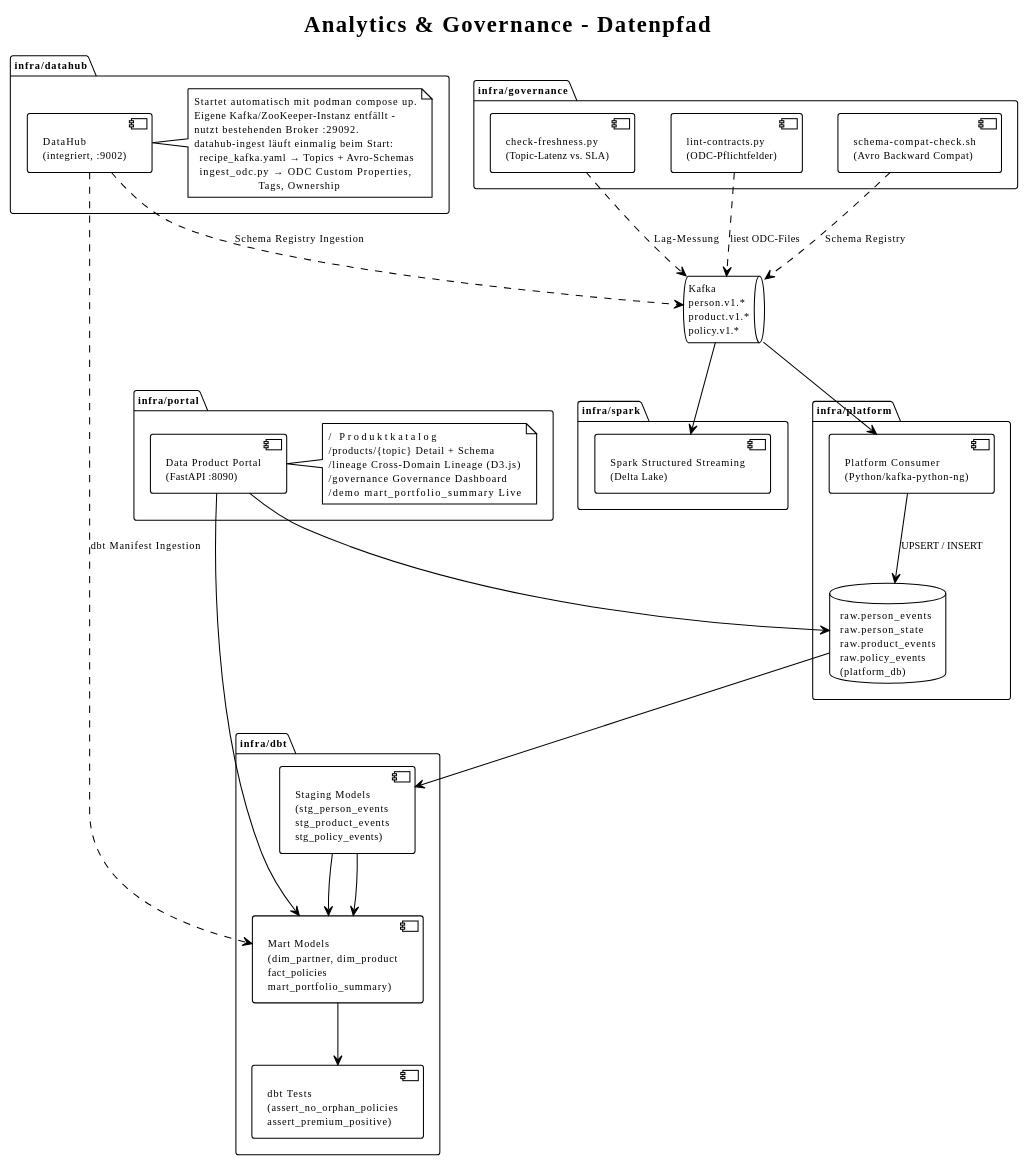
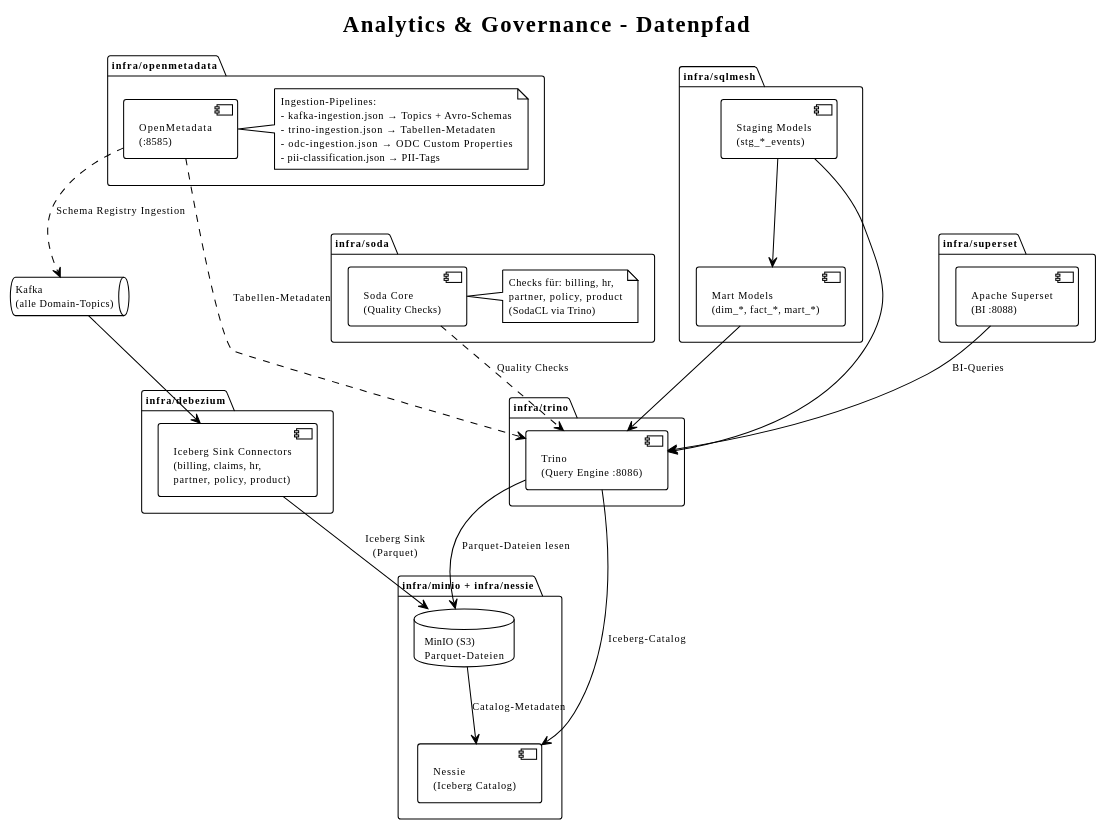
Before and after one commit to LukasW/datamesh: diagram 14 of 16 in specs/arc42.md, drawn with PlantUML. The commit also changed other lines of this file and 70 other files, not shown here.

````diff
--- a/specs/arc42.md
+++ b/specs/arc42.md
@@ -1113,75 +1062,69 @@
 ```plantuml
 @startuml analytics-platform
 !theme plain
 skinparam defaultFontSize 10
 
 title Analytics & Governance – Datenpfad
 
-queue "Kafka\nperson.v1.*\nproduct.v1.*\npolicy.v1.*" as KAFKA
+queue "Kafka\n(alle Domain-Topics)" as KAFKA
 
-package "infra/platform" {
-  component "Platform Consumer\n(Python/kafka-python-ng)" as PC
-  database "raw.person_events\nraw.person_state\nraw.product_events\nraw.policy_events\n(platform_db)" as RAW
-  PC --> RAW : UPSERT / INSERT
+package "infra/debezium" {
+  component "Iceberg Sink Connectors\n(billing, claims, hr,\npartner, policy, product)" as SINK
 }
 
-package "infra/dbt" {
-  component "Staging Models\n(stg_person_events\nstg_product_events\nstg_policy_events)" as STG
-  component "Mart Models\n(dim_partner, dim_product\nfact_policies\nmart_portfolio_summary)" as MART
-  component "dbt Tests\n(assert_no_orphan_policies\nassert_premium_positive)" as TESTS
-  STG --> MART
-  MART --> TESTS
+package "infra/minio + infra/nessie" {
+  database "MinIO (S3)\nParquet-Dateien" as MINIO
+  component "Nessie\n(Iceberg Catalog)" as NESSIE
+  MINIO --> NESSIE : Catalog-Metadaten
 }
 
-package "infra/spark" {
-  component "Spark Structured Streaming\n(Delta Lake)" as SPARK
+package "infra/trino" {
+  component "Trino\n(Query Engine :8086)" as TRINO
+  TRINO --> NESSIE : Iceberg-Catalog
+  TRINO --> MINIO : Parquet-Dateien lesen
 }
 
-package "infra/governance" {
-  component "lint-contracts.py\n(ODC-Pflichtfelder)" as LINT
-  component "schema-compat-check.sh\n(Avro Backward Compat)" as COMPAT
-  component "check-freshness.py\n(Topic-Latenz vs. SLA)" as FRESH
+package "infra/sqlmesh" {
+  component "Staging Models\n(stg_*_events)" as STG
+  component "Mart Models\n(dim_*, fact_*, mart_*)" as MART
+  STG --> MART
+  STG --> TRINO
+  MART --> TRINO
 }
 
-package "infra/portal" {
-  component "Data Product Portal\n(FastAPI :8090)" as PORTAL
-  note right of PORTAL
-    /           Produktkatalog
-    /products/{topic}  Detail + Schema
-    /lineage    Cross-Domain Lineage (D3.js)
-    /governance Governance Dashboard
-    /demo       mart_portfolio_summary Live
+package "infra/superset" {
+  component "Apache Superset\n(BI :8088)" as SUPERSET
+}
+
+package "infra/openmetadata" {
+  component "OpenMetadata\n(:8585)" as OMD
+  note right of OMD
+    Ingestion-Pipelines:
+    - kafka-ingestion.json  → Topics + Avro-Schemas
+    - trino-ingestion.json  → Tabellen-Metadaten
+    - odc-ingestion.json    → ODC Custom Properties
+    - pii-classification.json → PII-Tags
   end note
 }
 
-package "infra/datahub" {
-  component "DataHub\n(integriert, :9002)" as DH
-  note right of DH
-    Startet automatisch mit podman compose up.
-    Eigene Kafka/ZooKeeper-Instanz entfällt –
-    nutzt bestehenden Broker :29092.
-    datahub-ingest läuft einmalig beim Start:
-      recipe_kafka.yaml  → Topics + Avro-Schemas
-      ingest_odc.py      → ODC Custom Properties,
-                            Tags, Ownership
+package "infra/soda" {
+  component "Soda Core\n(Quality Checks)" as SODA
+  note right of SODA
+    Checks für: billing, hr,
+    partner, policy, product
+    (SodaCL via Trino)
   end note
 }
 
-KAFKA --> PC
-KAFKA --> SPARK
+KAFKA --> SINK
+SINK --> MINIO : Iceberg Sink\n(Parquet)
 
-RAW --> STG
-STG --> MART
+SUPERSET --> TRINO : BI-Queries
 
-LINT ..> KAFKA : liest ODC-Files
-COMPAT ..> KAFKA : Schema Registry
-FRESH ..> KAFKA : Lag-Messung
+OMD ..> KAFKA : Schema Registry Ingestion
+OMD ..> TRINO : Tabellen-Metadaten
 
-PORTAL --> RAW
-PORTAL --> MART
-
-DH ..> KAFKA : Schema Registry Ingestion
-DH ..> MART  : dbt Manifest Ingestion
+SODA ..> TRINO : Quality Checks
 
 @enduml
 ```
````
